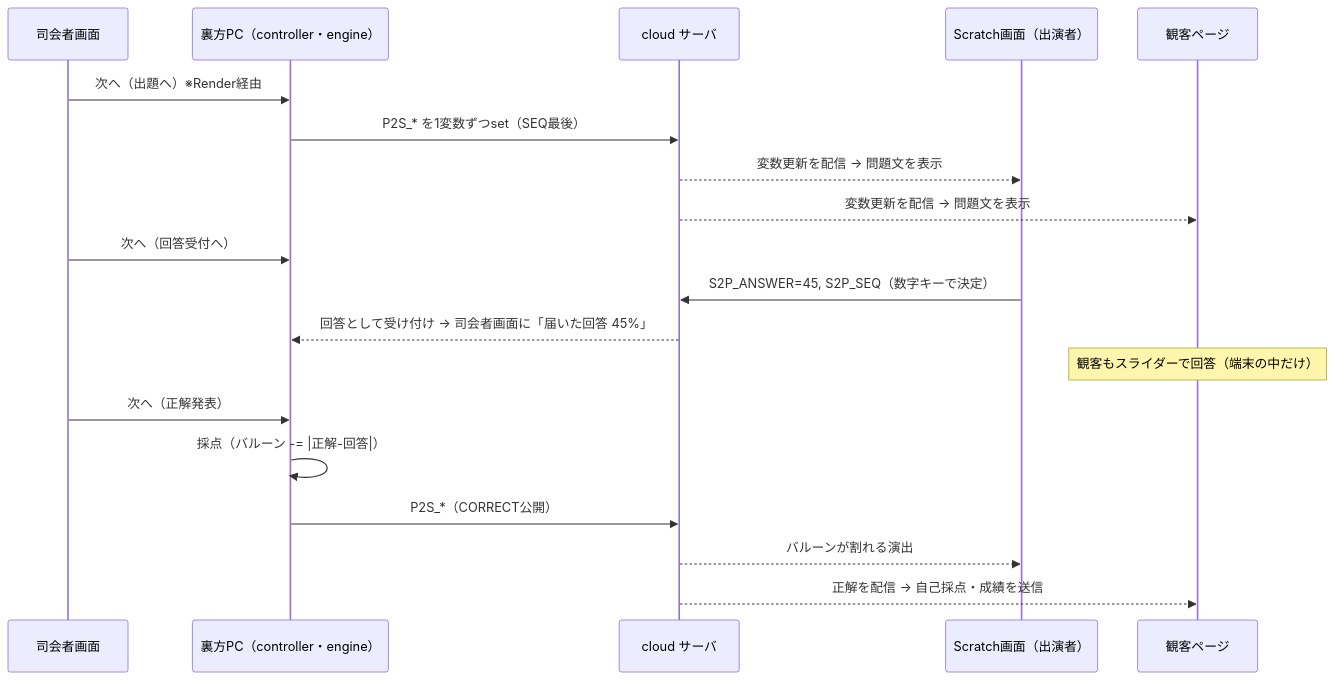
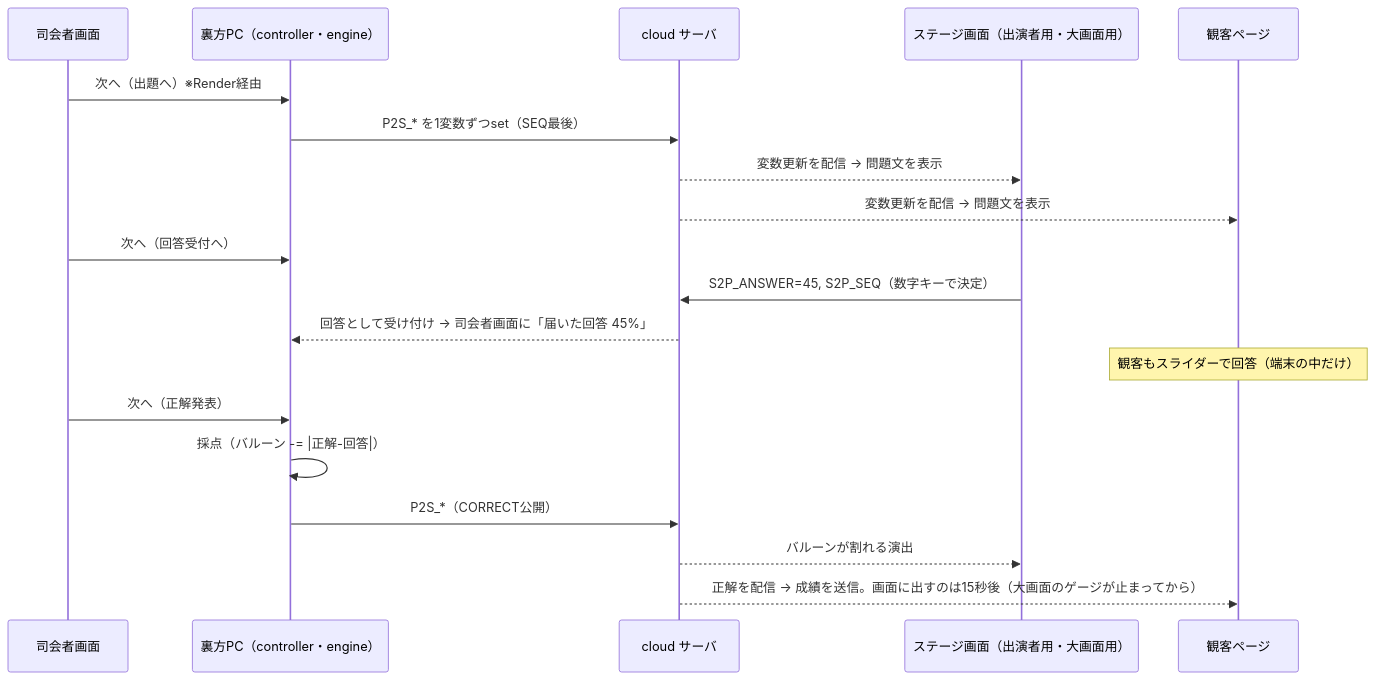
The fourth of 4 diagrams in docs/architecture.md (suzuka-kosen-festa/2026-suzuleague), drawn with Mermaid before and after one commit. The commit also changed other lines of this file and 8 other files, not shown here.

````diff
--- a/docs/architecture.md
+++ b/docs/architecture.md
@@ -338,22 +342,22 @@
 ```mermaid
 sequenceDiagram
     participant H as 司会者画面
     participant B as 裏方PC（controller・engine）
     participant TW as cloud サーバ
-    participant S as Scratch画面（出演者）
+    participant S as ステージ画面（出演者用・大画面用）
     participant A as 観客ページ
 
     H->>B: 次へ（出題へ）※Render経由
     B->>TW: P2S_* を1変数ずつset（SEQ最後）
     TW-->>S: 変数更新を配信 → 問題文を表示
     TW-->>A: 変数更新を配信 → 問題文を表示
     H->>B: 次へ（回答受付へ）
     S->>TW: S2P_ANSWER=45, S2P_SEQ（数字キーで決定）
     TW-->>B: 回答として受け付け → 司会者画面に「届いた回答 45%」
     Note over A: 観客もスライダーで回答（端末の中だけ）
     H->>B: 次へ（正解発表）
     B->>B: 採点（バルーン -= |正解-回答|）
     B->>TW: P2S_*（CORRECT公開）
     TW-->>S: バルーンが割れる演出
-    TW-->>A: 正解を配信 → 自己採点・成績を送信
+    TW-->>A: 正解を配信 → 成績を送信。画面に出すのは15秒後（大画面のゲージが止まってから）
 ```
````
